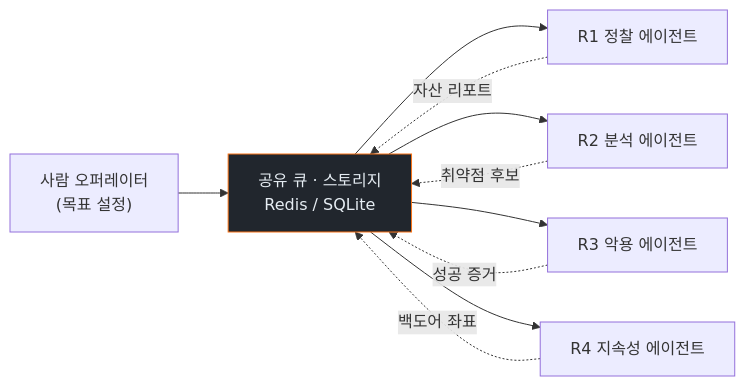
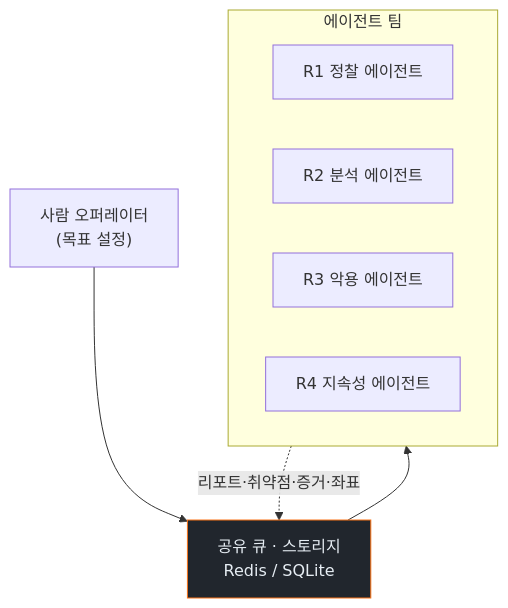
One commit to mrgrit/ccc changed the first of 6 diagrams in contents/education/course19-agent-incident-response/week07/lecture.md. Above: the diagram before and after it, drawn with Mermaid. The commit also changed other lines of this file and 5 other files, not shown here.

First line of the commit message:
docs(course19): w9 상세화 + 기존 LR 다이어그램을 TB로 전환

````diff
--- a/contents/education/course19-agent-incident-response/week07/lecture.md
+++ b/contents/education/course19-agent-incident-response/week07/lecture.md
@@ -64,16 +64,15 @@
 ```mermaid
-flowchart LR
+flowchart TB
     Op["사람 오퍼레이터<br/>(목표 설정)"]
     Q["공유 큐 · 스토리지<br/>Redis / SQLite"]
-    R1["R1 정찰 에이전트"]
-    R2["R2 분석 에이전트"]
-    R3["R3 악용 에이전트"]
-    R4["R4 지속성 에이전트"]
+    subgraph Agents["에이전트 팀"]
+      R1["R1 정찰 에이전트"]
+      R2["R2 분석 에이전트"]
+      R3["R3 악용 에이전트"]
+      R4["R4 지속성 에이전트"]
+    end
     Op --> Q
-    Q --> R1 & R2 & R3 & R4
-    R1 -. "자산 리포트" .-> Q
-    R2 -. "취약점 후보" .-> Q
-    R3 -. "성공 증거" .-> Q
-    R4 -. "백도어 좌표" .-> Q
+    Q --> Agents
+    Agents -. "리포트·취약점·증거·좌표" .-> Q
     style Q fill:#21262d,stroke:#f97316,color:#e6edf3
 ```
````
